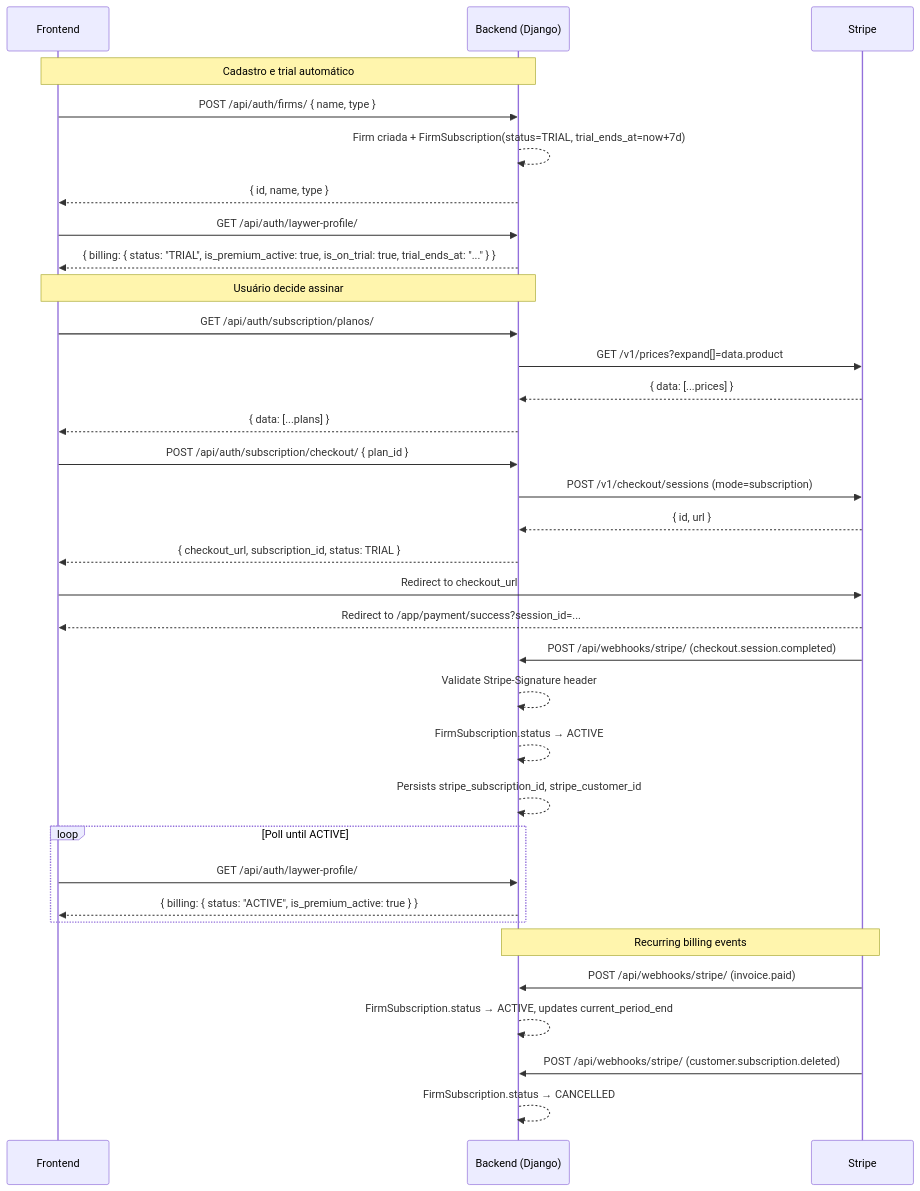
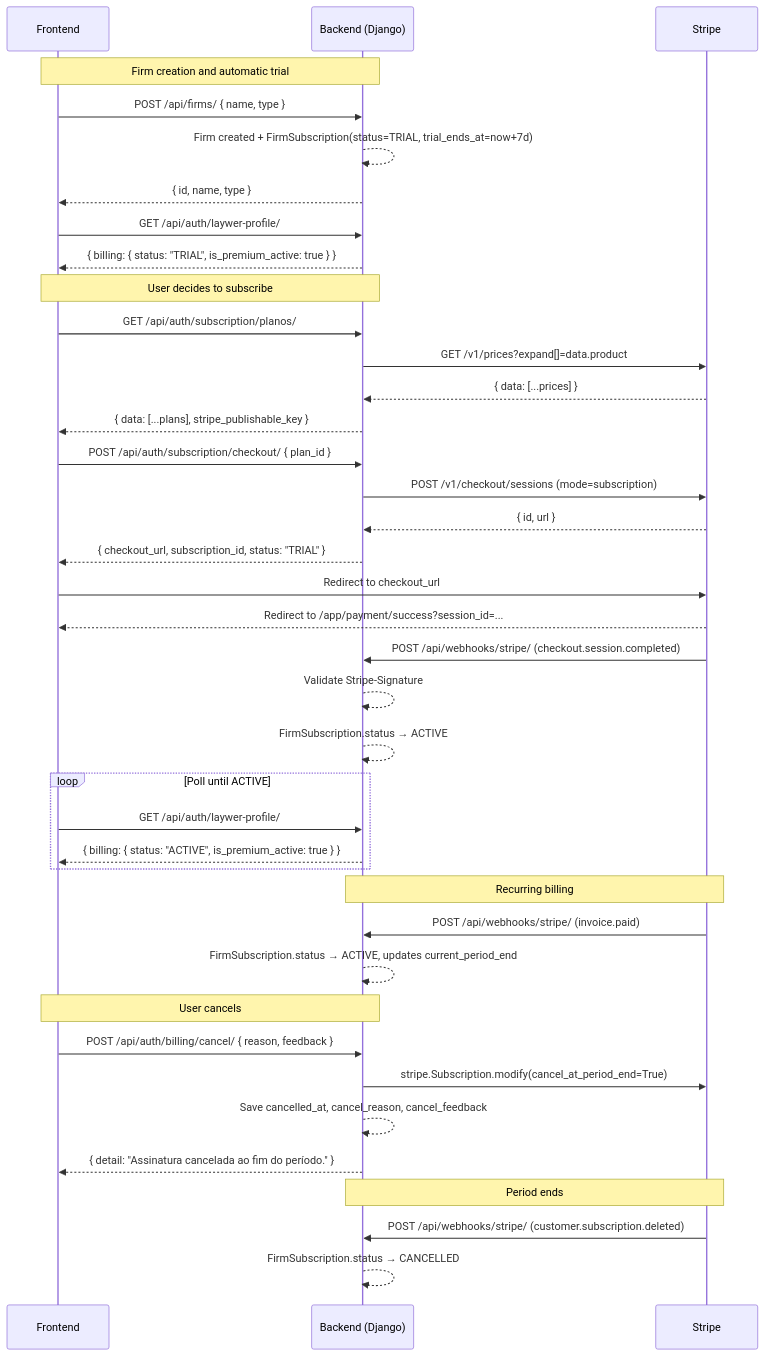
The diagram in docs/stripe-payment.md (Jeferson7770/Desafio-Pokedex), drawn with Mermaid before and after one commit. The commit also changed other lines of this file and 6 other files, not shown here.

````diff
--- a/docs/stripe-payment.md
+++ b/docs/stripe-payment.md
@@ -330,46 +353,51 @@
 ```mermaid
 sequenceDiagram
   participant FE as Frontend
   participant BE as Backend (Django)
   participant ST as Stripe
 
-  Note over FE,BE: Cadastro e trial automático
-  FE->>BE: POST /api/auth/firms/ { name, type }
-  BE-->>BE: Firm criada + FirmSubscription(status=TRIAL, trial_ends_at=now+7d)
+  Note over FE,BE: Firm creation and automatic trial
+  FE->>BE: POST /api/firms/ { name, type }
+  BE-->>BE: Firm created + FirmSubscription(status=TRIAL, trial_ends_at=now+7d)
   BE-->>FE: { id, name, type }
 
   FE->>BE: GET /api/auth/laywer-profile/
-  BE-->>FE: { billing: { status: "TRIAL", is_premium_active: true, is_on_trial: true, trial_ends_at: "..." } }
+  BE-->>FE: { billing: { status: "TRIAL", is_premium_active: true } }
 
-  Note over FE,BE: Usuário decide assinar
+  Note over FE,BE: User decides to subscribe
   FE->>BE: GET /api/auth/subscription/planos/
   BE->>ST: GET /v1/prices?expand[]=data.product
   ST-->>BE: { data: [...prices] }
-  BE-->>FE: { data: [...plans] }
+  BE-->>FE: { data: [...plans], stripe_publishable_key }
 
   FE->>BE: POST /api/auth/subscription/checkout/ { plan_id }
   BE->>ST: POST /v1/checkout/sessions (mode=subscription)
   ST-->>BE: { id, url }
-  BE-->>FE: { checkout_url, subscription_id, status: TRIAL }
+  BE-->>FE: { checkout_url, subscription_id, status: "TRIAL" }
   FE->>ST: Redirect to checkout_url
 
   ST-->>FE: Redirect to /app/payment/success?session_id=...
 
   ST->>BE: POST /api/webhooks/stripe/ (checkout.session.completed)
-  BE-->>BE: Validate Stripe-Signature header
+  BE-->>BE: Validate Stripe-Signature
   BE-->>BE: FirmSubscription.status → ACTIVE
-  BE-->>BE: Persists stripe_subscription_id, stripe_customer_id
 
   loop Poll until ACTIVE
     FE->>BE: GET /api/auth/laywer-profile/
     BE-->>FE: { billing: { status: "ACTIVE", is_premium_active: true } }
   end
 
-  Note over ST,BE: Recurring billing events
-
+  Note over ST,BE: Recurring billing
   ST->>BE: POST /api/webhooks/stripe/ (invoice.paid)
   BE-->>BE: FirmSubscription.status → ACTIVE, updates current_period_end
 
+  Note over FE,BE: User cancels
+  FE->>BE: POST /api/auth/billing/cancel/ { reason, feedback }
+  BE->>ST: stripe.Subscription.modify(cancel_at_period_end=True)
+  BE-->>BE: Save cancelled_at, cancel_reason, cancel_feedback
+  BE-->>FE: { detail: "Assinatura cancelada ao fim do período." }
+
+  Note over ST,BE: Period ends
   ST->>BE: POST /api/webhooks/stripe/ (customer.subscription.deleted)
   BE-->>BE: FirmSubscription.status → CANCELLED
 ```
````
